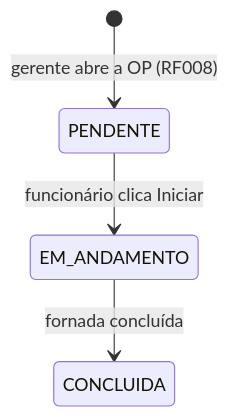
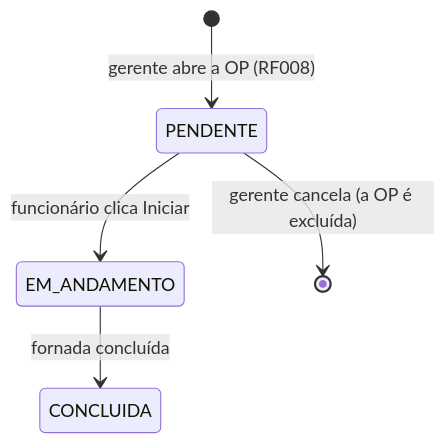
Before and after one commit to Igorzon1/SmartProd: the second of 2 diagrams in docs/07-dominio.md, drawn with Mermaid. The commit also changed other lines of this file and 8 other files, not shown here.

````diff
--- a/docs/07-dominio.md
+++ b/docs/07-dominio.md
@@ -75,6 +75,7 @@
 ```mermaid
 stateDiagram-v2
   [*] --> PENDENTE: gerente abre a OP (RF008)
   PENDENTE --> EM_ANDAMENTO: funcionário clica Iniciar
   EM_ANDAMENTO --> CONCLUIDA: fornada concluída
+  PENDENTE --> [*]: gerente cancela (a OP é excluída)
 ```
````
